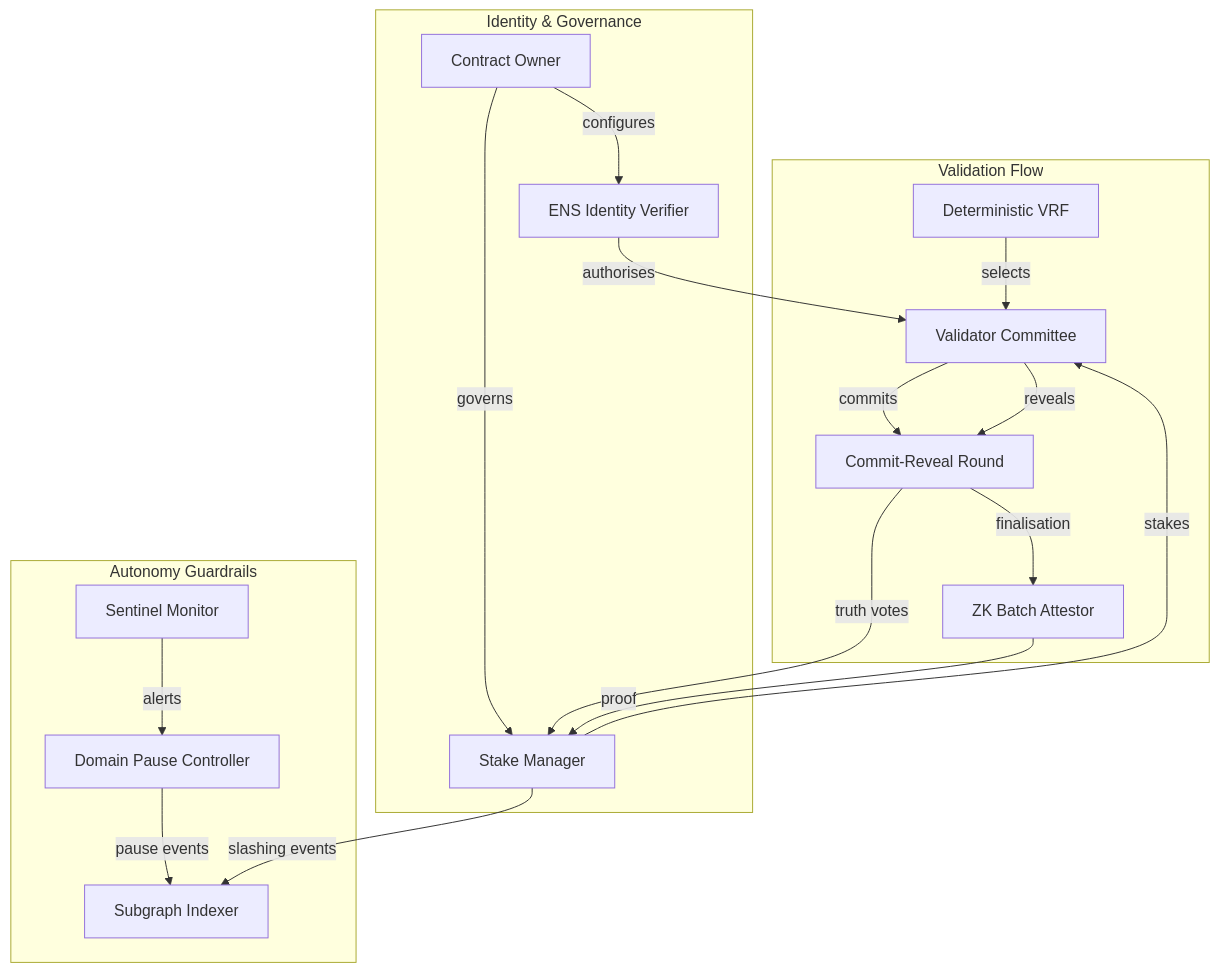
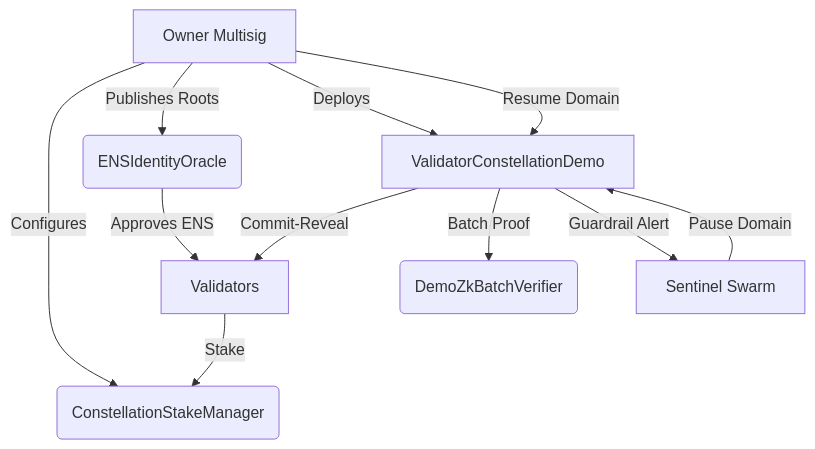
The diagram in demo/Validator-Constellation-v0/README.md (MontrealAI/AGIJobsv0), drawn with Mermaid before and after one commit. The commit also changed other lines of this file and 16 other files, not shown here.

Commit message:
feat: finalize validator constellation guardrails

````diff
--- a/demo/Validator-Constellation-v0/README.md
+++ b/demo/Validator-Constellation-v0/README.md
@@ -44,35 +48,20 @@
 ```mermaid
 graph TD
-    subgraph Identity & Governance
-        Owner[Contract Owner]
-        ENSVerifier[ENS Identity Verifier]
-        StakeMgr[Stake Manager]
-        Owner -->|configures| ENSVerifier
-        Owner -->|governs| StakeMgr
-    end
+  Owner[Owner Multisig]
+  Sentinel[Sentinel Swarm]
+  StakeManager(ConstellationStakeManager)
+  Identity(ENSIdentityOracle)
+  ValidatorModule[ValidatorConstellationDemo]
+  ZKVerifier(DemoZkBatchVerifier)
 
-    subgraph Validation Flow
-        VRF[Deterministic VRF]
-        Committee[Validator Committee]
-        CommitReveal[Commit-Reveal Round]
-        ZKBatch[ZK Batch Attestor]
-    end
-
-    subgraph Autonomy Guardrails
-        Sentinel[Sentinel Monitor]
-        PauseCtrl[Domain Pause Controller]
-        SubgraphIndexer[Subgraph Indexer]
-    end
-
-    ENSVerifier -->|authorises| Committee
-    StakeMgr -->|stakes| Committee
-    VRF -->|selects| Committee
-    Committee -->|commits| CommitReveal
-    Committee -->|reveals| CommitReveal
-    CommitReveal -->|truth votes| StakeMgr
-    CommitReveal -->|finalisation| ZKBatch
-    ZKBatch -->|proof| StakeMgr
-    Sentinel -->|alerts| PauseCtrl
-    PauseCtrl -->|pause events| SubgraphIndexer
-    StakeMgr -->|slashing events| SubgraphIndexer
+  Owner -->|Configures| StakeManager
+  Owner -->|Publishes Roots| Identity
+  Identity -->|Approves ENS| Validators
+  Validators -->|Stake| StakeManager
+  Owner -->|Deploys| ValidatorModule
+  ValidatorModule -->|Commit-Reveal| Validators
+  ValidatorModule -->|Batch Proof| ZKVerifier
+  ValidatorModule -->|Guardrail Alert| Sentinel
+  Sentinel -->|Pause Domain| ValidatorModule
+  Owner -->|Resume Domain| ValidatorModule
 ```
````
